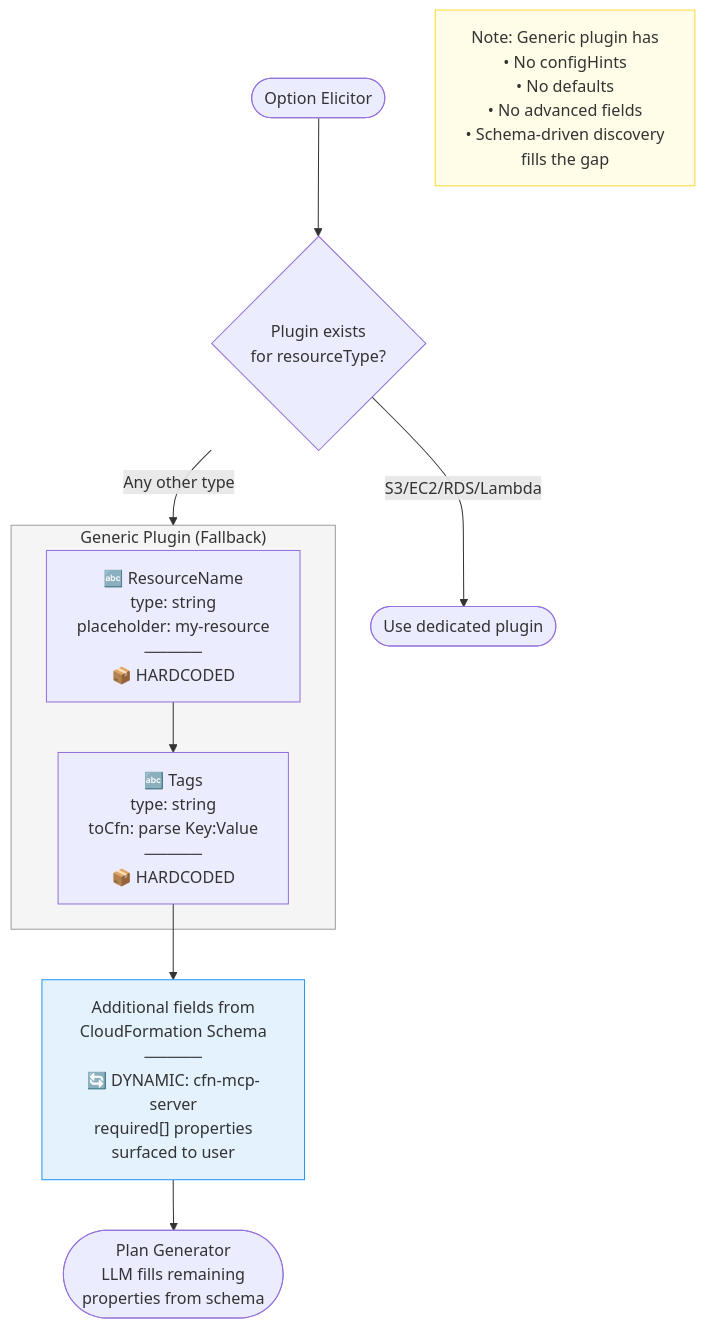
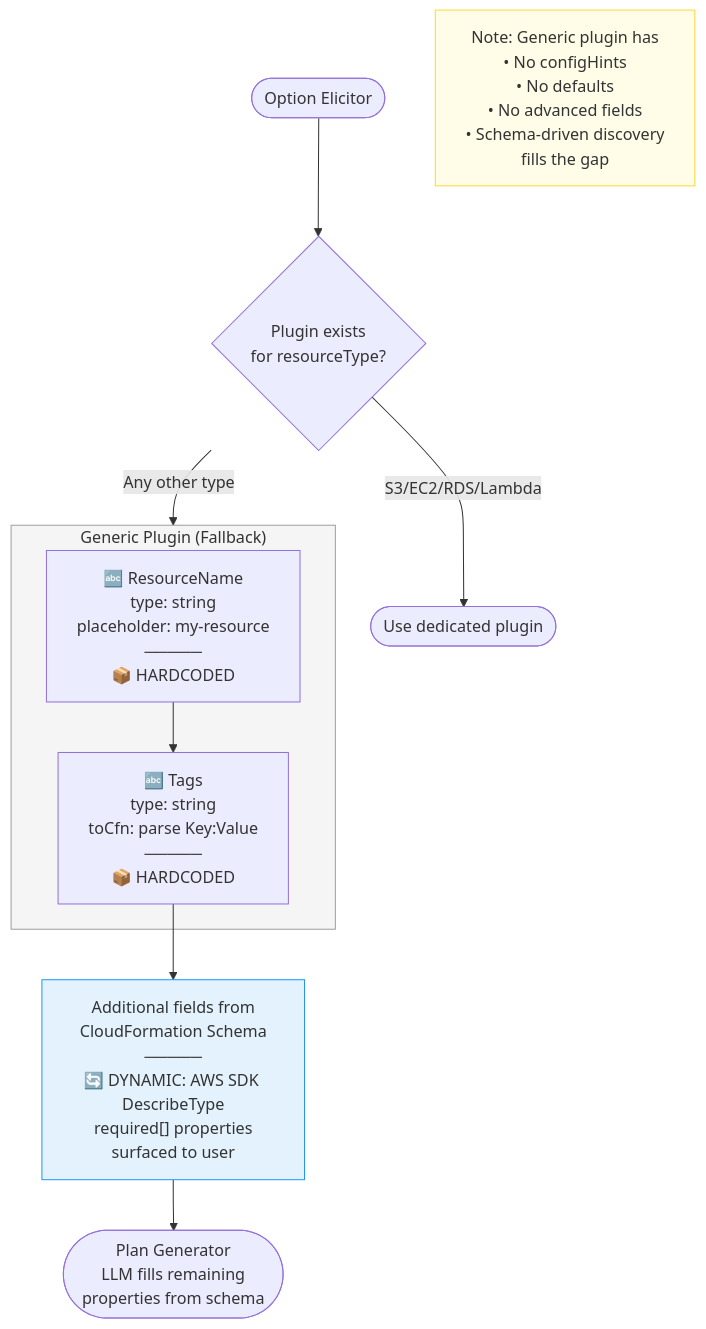
Before and after one commit to SergSlon/assignee-ai: the seventh of 10 diagrams in docs/architecture-flows.md, drawn with Mermaid. The commit also changed other lines of this file and 9 other files, not shown here.

First line of the commit message:
docs: Tier C/S cleanup — IA reorg + cfn-mcp-server refs + Wave 19/20 setup hint

````diff
--- a/docs/architecture-flows.md
+++ b/docs/architecture-flows.md
@@ -425,26 +423,26 @@
 ```mermaid
 flowchart TD
     START([Option Elicitor]) --> CHECK{Plugin exists<br/>for resourceType?}
 
     CHECK -->|"S3/EC2/RDS/Lambda"| SPECIFIC([Use dedicated plugin])
     CHECK -->|"Any other type"| GENERIC
 
     subgraph GENERIC["Generic Plugin (Fallback)"]
         Q1["🔤 ResourceName<br/>type: string<br/>placeholder: my-resource<br/>─────<br/>📦 HARDCODED"]
         Q2["🔤 Tags<br/>type: string<br/>toCfn: parse Key:Value<br/>─────<br/>📦 HARDCODED"]
     end
 
     Q1 --> Q2
 
     Q2 --> SCHEMA
 
-    SCHEMA["Additional fields from<br/>CloudFormation Schema<br/>─────<br/>🔄 DYNAMIC: cfn-mcp-server<br/>required[] properties<br/>surfaced to user"]
+    SCHEMA["Additional fields from<br/>CloudFormation Schema<br/>─────<br/>🔄 DYNAMIC: AWS SDK DescribeType<br/>required[] properties<br/>surfaced to user"]
 
     SCHEMA --> PG([Plan Generator<br/>LLM fills remaining<br/>properties from schema])
 
     NOTE["Note: Generic plugin has<br/>• No configHints<br/>• No defaults<br/>• No advanced fields<br/>• Schema-driven discovery<br/>  fills the gap"]
 
     style GENERIC fill:#f5f5f5,stroke:#9E9E9E
     style SCHEMA fill:#e3f2fd,stroke:#2196F3
     style NOTE fill:#fffde7,stroke:#FDD835
 ```
````
